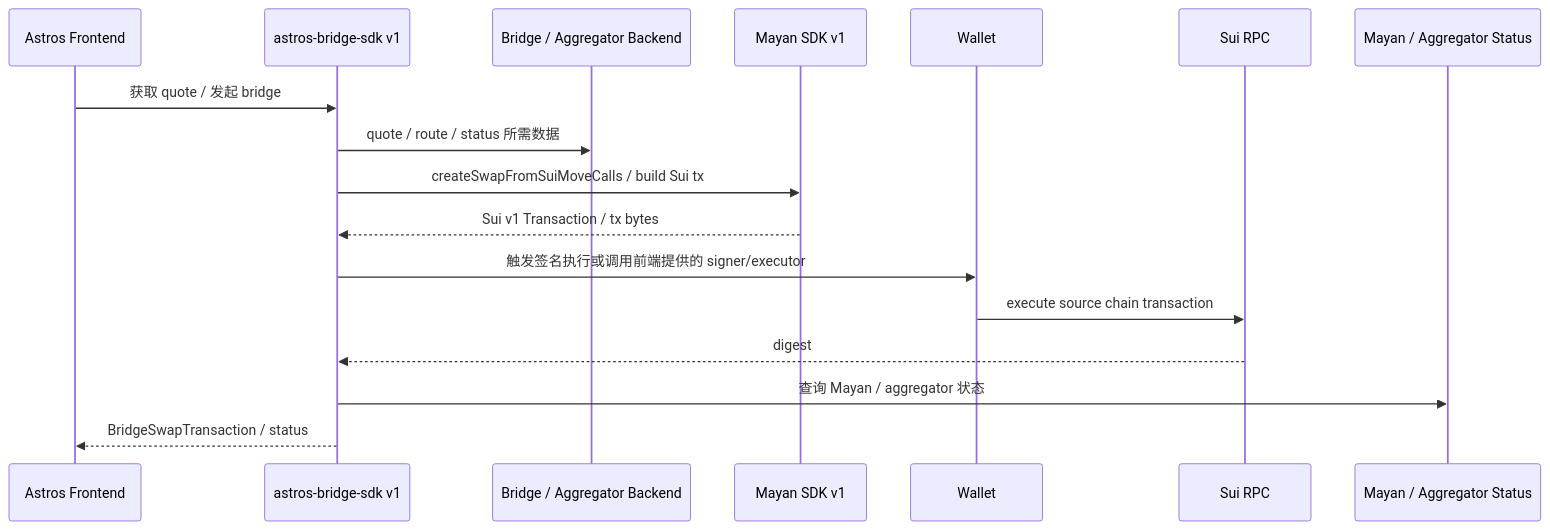
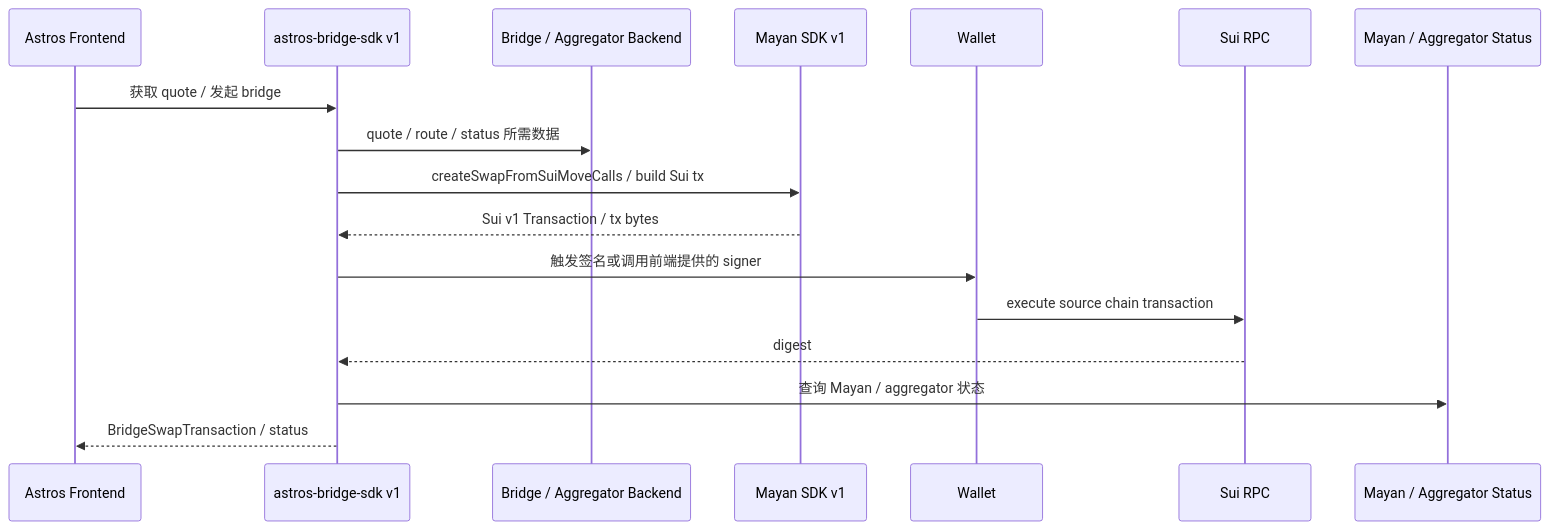
The fourth of 5 diagrams in docs/SUI_SDK_2_UPGRADE_TECHNICAL_PLAN.md (naviprotocol/naviprotocol-monorepo), drawn with Mermaid before and after one commit. The commit also changed other lines of this file and 3 other files, not shown here.

````diff
--- a/docs/SUI_SDK_2_UPGRADE_TECHNICAL_PLAN.md
+++ b/docs/SUI_SDK_2_UPGRADE_TECHNICAL_PLAN.md
@@ -427,20 +427,20 @@
 ```mermaid
 sequenceDiagram
   participant FE as Astros Frontend
   participant SDK as astros-bridge-sdk v1
   participant Backend as Bridge / Aggregator Backend
   participant Mayan as Mayan SDK v1
   participant Wallet as Wallet
   participant Sui as Sui RPC
   participant Status as Mayan / Aggregator Status
 
   FE->>SDK: 获取 quote / 发起 bridge
   SDK->>Backend: quote / route / status 所需数据
   SDK->>Mayan: createSwapFromSuiMoveCalls / build Sui tx
   Mayan-->>SDK: Sui v1 Transaction / tx bytes
-  SDK->>Wallet: 触发签名执行或调用前端提供的 signer/executor
+  SDK->>Wallet: 触发签名或调用前端提供的 signer
   Wallet->>Sui: execute source chain transaction
   Sui-->>SDK: digest
   SDK->>Status: 查询 Mayan / aggregator 状态
   SDK-->>FE: BridgeSwapTransaction / status
 ```
````
